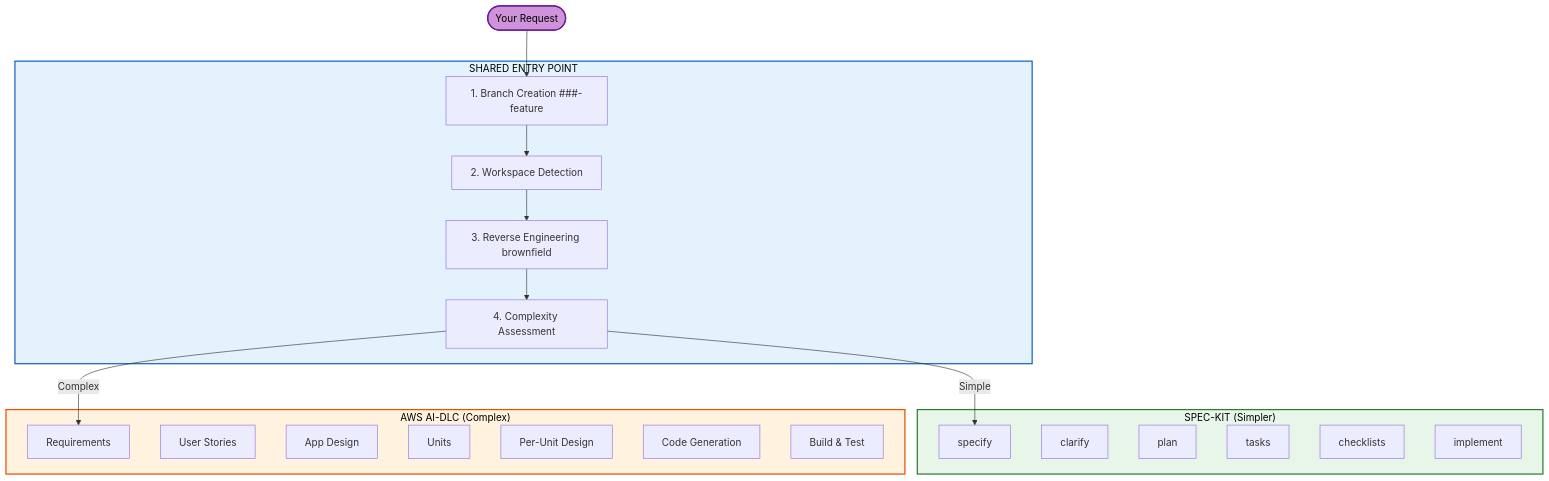
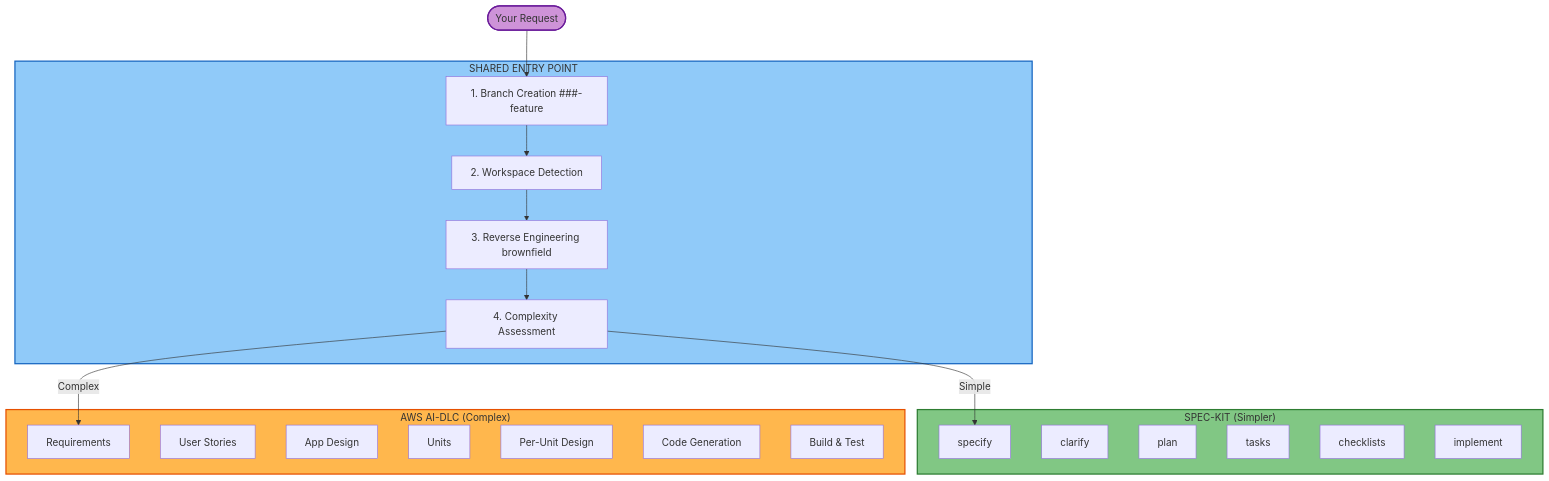
One commit to premkumarjanagarajan/fluid-flow-ai changed the diagram in main-workflow/workflows/shared/memory/welcome-message.md. Above: the diagram before and after it, drawn with Mermaid. The commit also changed 12 other files, not shown here.

First line of the commit message:
Update Mermaid diagram styles for dark and light theme compatibility

````diff
--- a/main-workflow/workflows/shared/memory/welcome-message.md
+++ b/main-workflow/workflows/shared/memory/welcome-message.md
@@ -20,41 +20,41 @@
 ```mermaid
 flowchart TD
     Request(["Your Request"])
 
     subgraph ENTRY["SHARED ENTRY POINT"]
         B1["1. Branch Creation ###-feature"]
         B2["2. Workspace Detection"]
         B3["3. Reverse Engineering brownfield"]
         B4["4. Complexity Assessment"]
         B1 --> B2 --> B3 --> B4
     end
 
     Request --> B1
 
     subgraph SPECKIT["SPEC-KIT (Simpler)"]
         SK1["specify"]
         SK2["clarify"]
         SK3["plan"]
         SK4["tasks"]
         SK5["checklists"]
         SK6["implement"]
     end
 
     subgraph AIDLC["AWS AI-DLC (Complex)"]
         AD1["Requirements"]
         AD2["User Stories"]
         AD3["App Design"]
         AD4["Units"]
         AD5["Per-Unit Design"]
         AD6["Code Generation"]
         AD7["Build & Test"]
     end
 
     B4 -->|Simple| SK1
     B4 -->|Complex| AD1
 
-    style ENTRY fill:#E3F2FD,stroke:#1565C0,stroke-width:2px,color:#000
-    style SPECKIT fill:#E8F5E9,stroke:#2E7D32,stroke-width:2px,color:#000
-    style AIDLC fill:#FFF3E0,stroke:#E65100,stroke-width:2px,color:#000
-    style Request fill:#CE93D8,stroke:#6A1B9A,stroke-width:2px,color:#000
+    style ENTRY fill:#90CAF9,stroke:#1565C0,stroke-width:2px
+    style SPECKIT fill:#81C784,stroke:#2E7D32,stroke-width:2px
+    style AIDLC fill:#FFB74D,stroke:#E65100,stroke-width:2px
+    style Request fill:#CE93D8,stroke:#6A1B9A,stroke-width:2px
 ```
````
